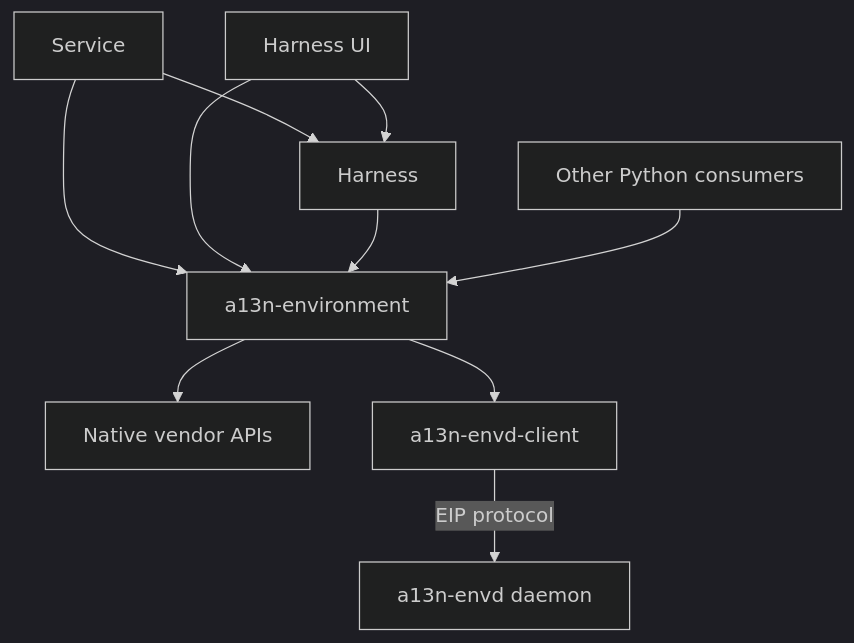
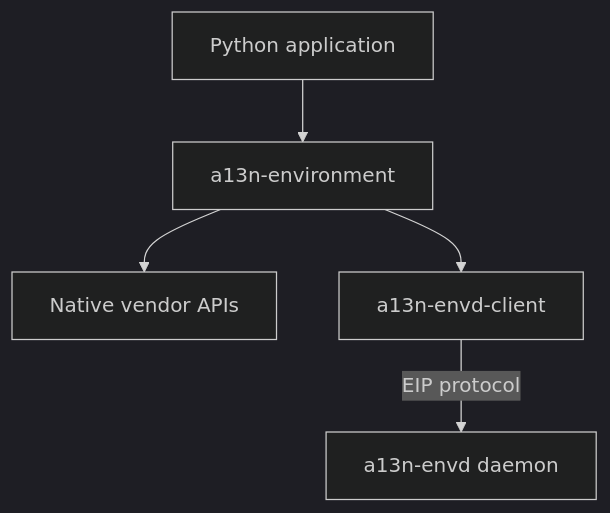
The first of 2 diagrams in spec/a13n-environment/00-overview.md (converge-ai-labs/agent-foundation), drawn with Mermaid (dark theme) before and after one commit. The commit also changed other lines of this file and 26 other files, not shown here.

````diff
--- a/spec/a13n-environment/00-overview.md
+++ b/spec/a13n-environment/00-overview.md
@@ -18,12 +20,7 @@
 ```mermaid
 flowchart TD
-    Service --> Harness
-    Service --> Environment[a13n-environment]
-    UI[Harness UI] --> Harness
-    UI --> Environment
-    Harness --> Environment
-    Other[Other Python consumers] --> Environment
+    Caller[Python application] --> Environment[a13n-environment]
     Environment --> Native[Native vendor APIs]
     Environment --> EIP[a13n-envd-client]
     EIP -->|EIP protocol| Envd[a13n-envd daemon]
 ```
````
